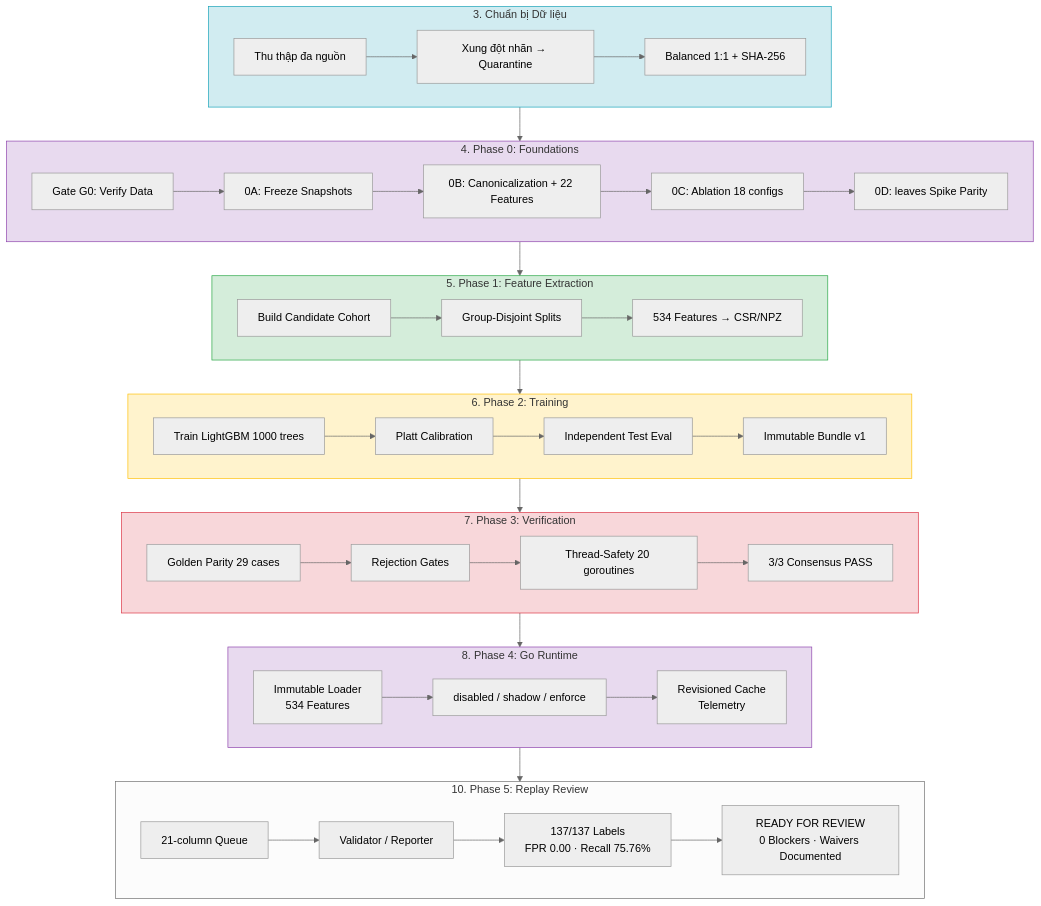
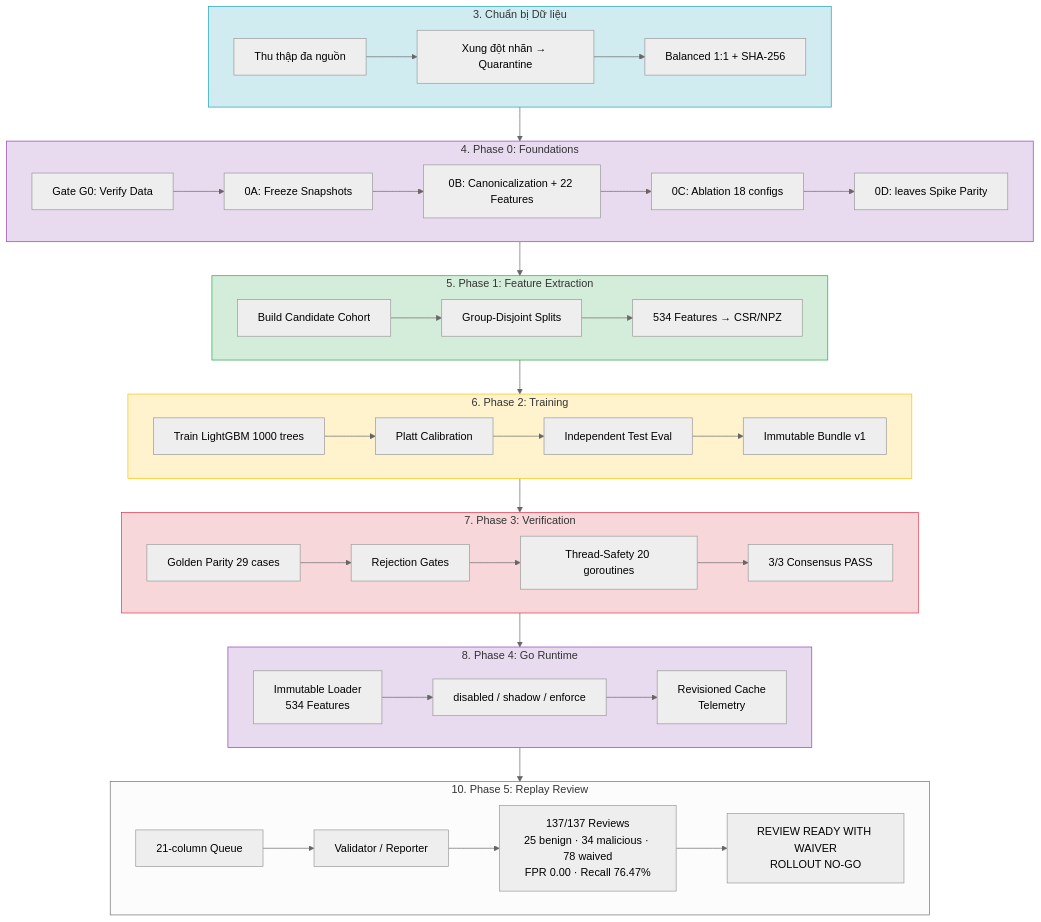
Before and after one commit to vmcchooky/safe-zone: the first of 2 diagrams in docs/research/ml/method.md, drawn with Mermaid (neutral theme). The commit also changed other lines of this file, not shown here.

Commit message:
docs(ml): align summary with reviewed waiver gate

````diff
--- a/docs/research/ml/method.md
+++ b/docs/research/ml/method.md
@@ -14,51 +14,51 @@
 ```mermaid
 flowchart TB
     subgraph DP["3. Chuẩn bị Dữ liệu"]
         A1["Thu thập đa nguồn"] --> A2["Xung đột nhãn → Quarantine"]
         A2 --> A3["Balanced 1:1 + SHA-256"]
     end
 
     subgraph P0["4. Phase 0: Foundations"]
         B1["Gate G0: Verify Data"] --> B2["0A: Freeze Snapshots"]
         B2 --> B3["0B: Canonicalization + 22 Features"]
         B3 --> B4["0C: Ablation 18 configs"]
         B4 --> B5["0D: leaves Spike Parity"]
     end
 
     subgraph P1["5. Phase 1: Feature Extraction"]
         C1["Build Candidate Cohort"] --> C2["Group-Disjoint Splits"]
         C2 --> C3["534 Features → CSR/NPZ"]
     end
 
     subgraph P2["6. Phase 2: Training"]
         D1["Train LightGBM 1000 trees"] --> D2["Platt Calibration"]
         D2 --> D3["Independent Test Eval"]
         D3 --> D4["Immutable Bundle v1"]
     end
 
     subgraph P3["7. Phase 3: Verification"]
         E1["Golden Parity 29 cases"] --> E2["Rejection Gates"]
         E2 --> E3["Thread-Safety 20 goroutines"]
         E3 --> E4["3/3 Consensus PASS"]
     end
 
     subgraph P4["8. Phase 4: Go Runtime"]
         F1["Immutable Loader<br>534 Features"] --> F2["disabled / shadow / enforce"]
         F2 --> F3["Revisioned Cache<br>Telemetry"]
     end
 
     subgraph P5["10. Phase 5: Replay Review"]
         G1["21-column Queue"] --> G2["Validator / Reporter"]
-        G2 --> G3["137/137 Labels<br>FPR 0.00 · Recall 75.76%"]
-        G3 --> G4["READY FOR REVIEW<br>0 Blockers · Waivers Documented"]
+        G2 --> G3["137/137 Reviews<br>25 benign · 34 malicious · 78 waived<br>FPR 0.00 · Recall 76.47%"]
+        G3 --> G4["REVIEW READY WITH WAIVER<br>ROLLOUT NO-GO"]
     end
 
     DP --> P0 --> P1 --> P2 --> P3 --> P4 --> P5
 
     style DP fill:#D1ECF1,stroke:#17A2B8
     style P0 fill:#E8DAEF,stroke:#8E44AD
     style P1 fill:#D4EDDA,stroke:#28A745
     style P2 fill:#FFF3CD,stroke:#FFC107
     style P3 fill:#F8D7DA,stroke:#DC3545
     style P4 fill:#E8DAEF,stroke:#8E44AD
 ```
````
